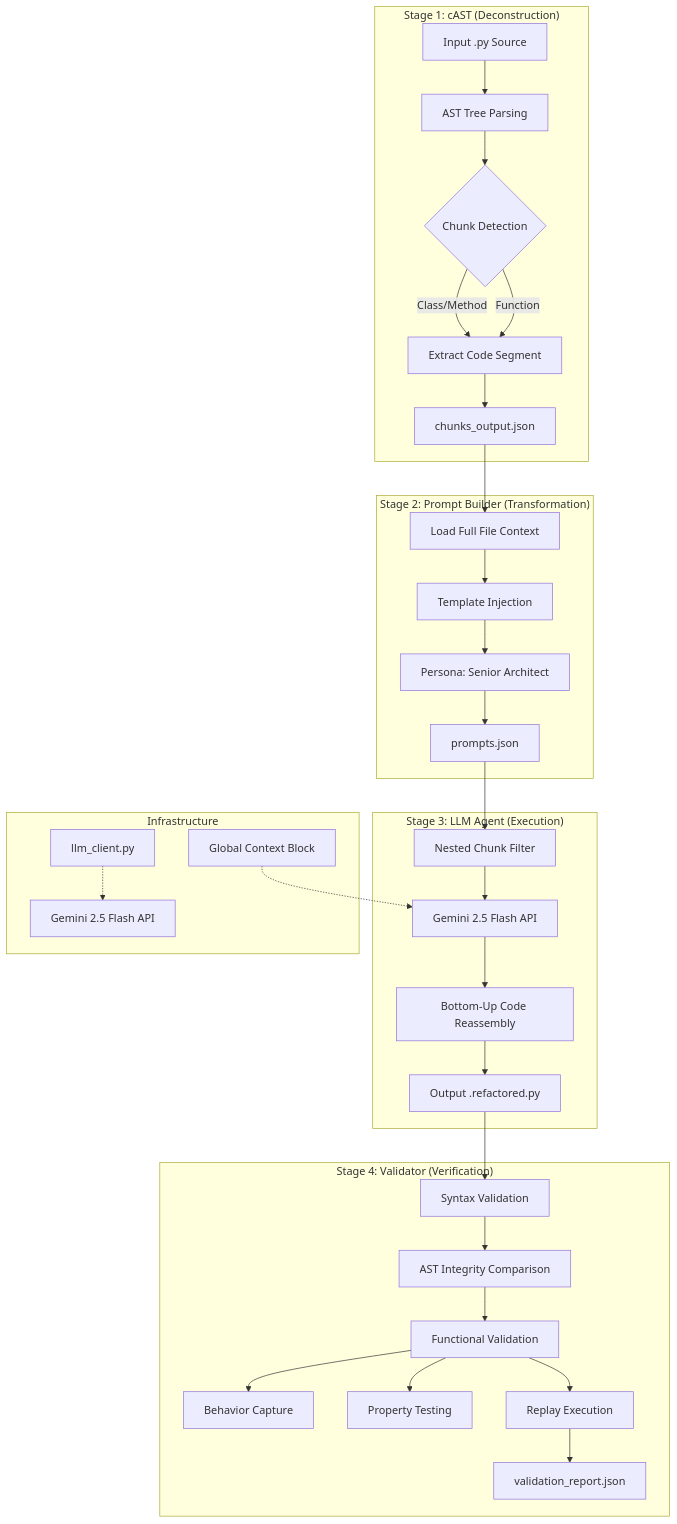
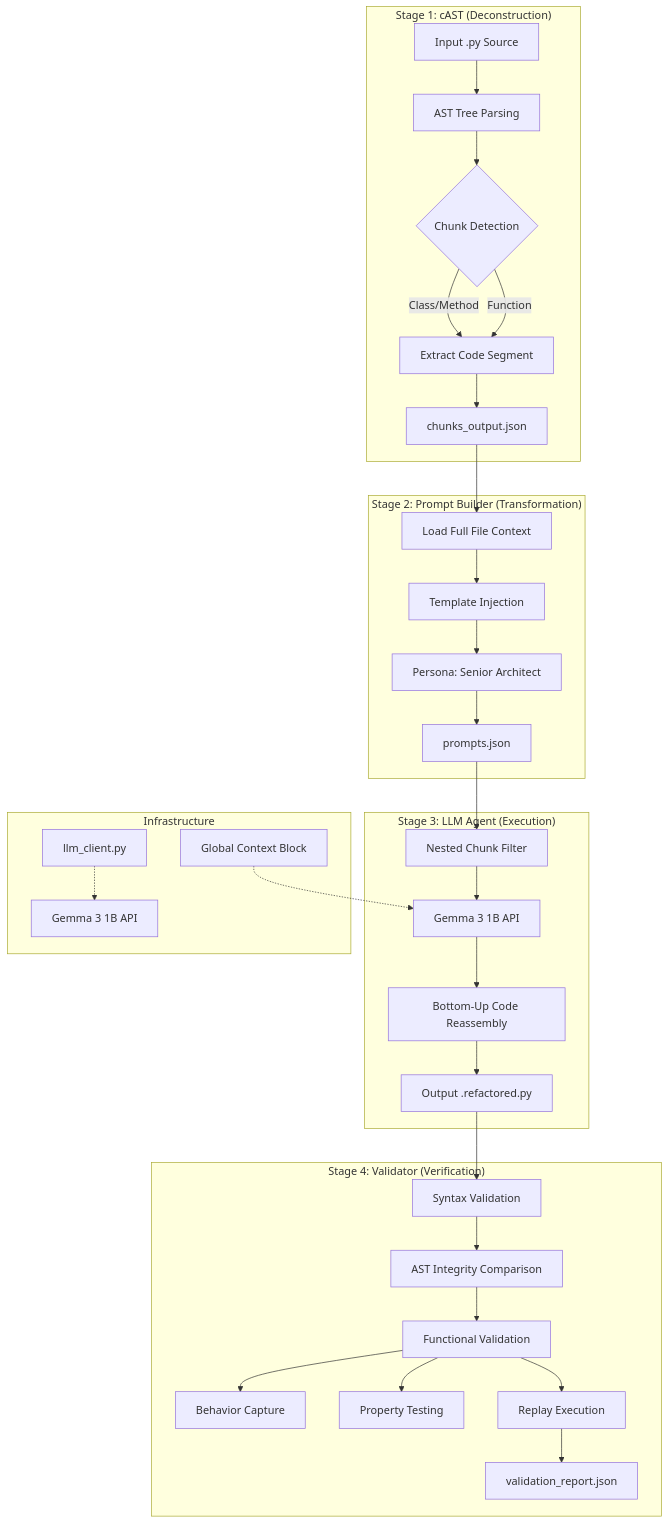
One commit to Developer-Sahil/ai-refactoring-pipeline changed the diagram in docs/ARCHITECTURE.md. Above: the diagram before and after it, drawn with Mermaid. The commit also changed other lines of this file and 8 other files, not shown here.

````diff
--- a/docs/ARCHITECTURE.md
+++ b/docs/ARCHITECTURE.md
@@ -5,39 +5,39 @@
 ```mermaid
 graph TD
     subgraph "Stage 1: cAST (Deconstruction)"
         A[Input .py Source] --> B[AST Tree Parsing]
         B --> C{Chunk Detection}
         C -->|Class/Method| D[Extract Code Segment]
         C -->|Function| D
         D --> F[chunks_output.json]
     end
 
     subgraph "Stage 2: Prompt Builder (Transformation)"
         F --> G[Load Full File Context]
         G --> H[Template Injection]
         H --> I[Persona: Senior Architect]
         I --> K[prompts.json]
     end
 
     subgraph "Stage 3: LLM Agent (Execution)"
         K --> L[Nested Chunk Filter]
-        L --> M[Gemini 2.5 Flash API]
+        L --> M[Gemma 3 1B API]
         M --> P[Bottom-Up Code Reassembly]
         P --> Q[Output .refactored.py]
     end
 
     subgraph "Stage 4: Validator (Verification)"
         Q --> V1[Syntax Validation]
         V1 --> V2[AST Integrity Comparison]
         V2 --> V3[Functional Validation]
         V3 --> V3A[Behavior Capture]
         V3 --> V3B[Property Testing]
         V3 --> V3C[Replay Execution]
         V3C --> W[validation_report.json]
     end
 
     subgraph "Infrastructure"
-        R[llm_client.py] -.-> N[Gemini 2.5 Flash API]
+        R[llm_client.py] -.-> N[Gemma 3 1B API]
         T[Global Context Block] -.-> M
     end
 ```
````
